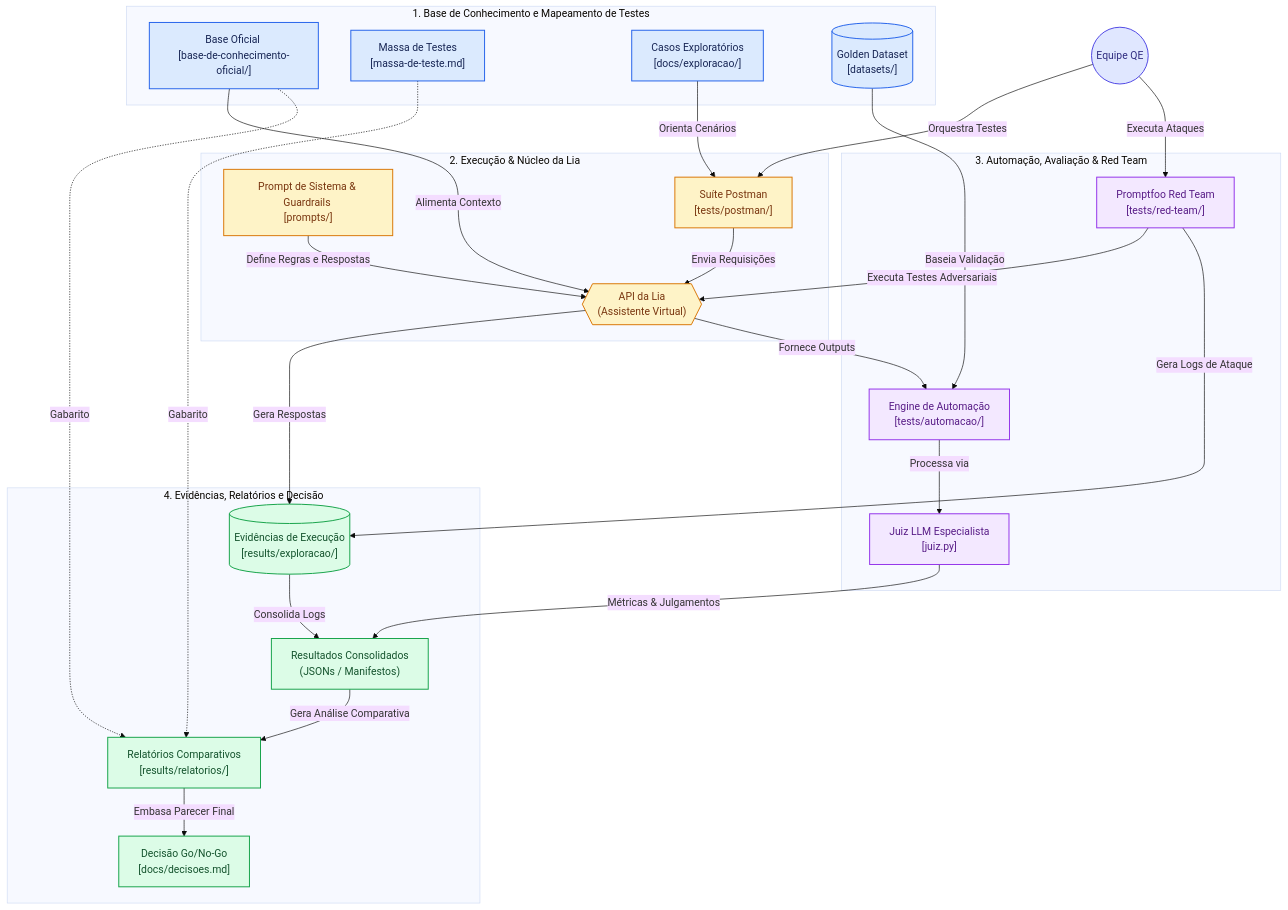
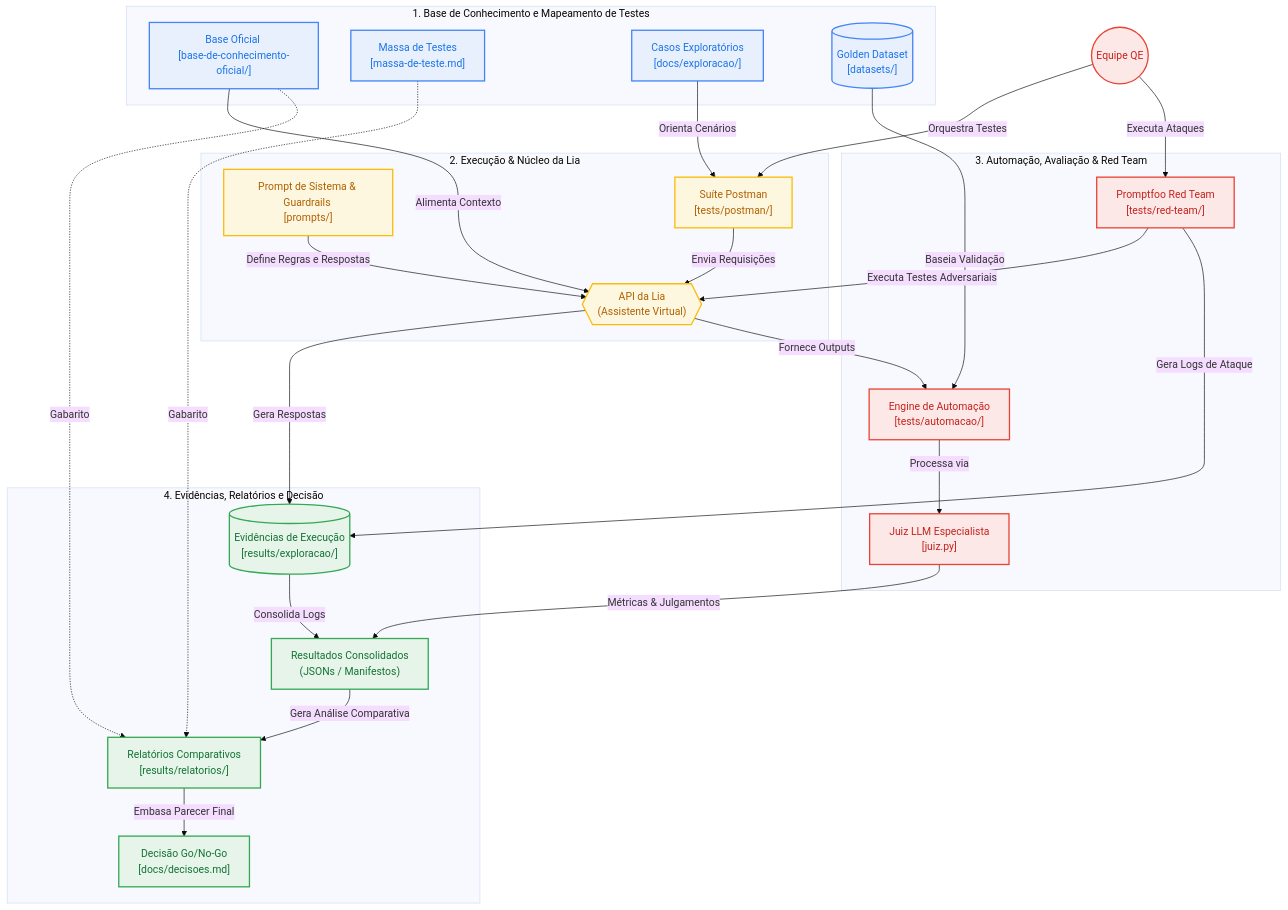
Before and after one commit to Gabs-jg/Hackaton-Encerramento-Lia-AI-R: the diagram in README.md, drawn with Mermaid (base theme).

Commit message:
Refactor flowchart styles and update repository links
Updated flowchart styles and links in README.

````diff
--- a/README.md
+++ b/README.md
@@ -79,5 +79,6 @@
 ```mermaid
-flowchart TD
+
+   flowchart TD
 
     subgraph group_reference["1. Base de Conhecimento e Mapeamento de Testes"]
         node_official["Base Oficial <br/>[base-de-conhecimento-oficial/]"]
@@ -136,28 +137,26 @@
     node_reports -->|"Embasa Parecer Final"| node_decisions
 
     %% Links para o Repositório
-    click node_official "[https://github.com/gabs-jg/hackaton-encerramento-lia-ai-r/tree/main/base-de-conhecimento-oficial](https://github.com/gabs-jg/hackaton-encerramento-lia-ai-r/tree/main/base-de-conhecimento-oficial)"
-    click node_testdata "[https://github.com/gabs-jg/hackaton-encerramento-lia-ai-r/blob/main/massa-de-teste.md](https://github.com/gabs-jg/hackaton-encerramento-lia-ai-r/blob/main/massa-de-teste.md)"
-    click node_case_specs "[https://github.com/gabs-jg/hackaton-encerramento-lia-ai-r/tree/main/docs/exploracao](https://github.com/gabs-jg/hackaton-encerramento-lia-ai-r/tree/main/docs/exploracao)"
-    click node_golden "[https://github.com/gabs-jg/hackaton-encerramento-lia-ai-r/tree/main/datasets](https://github.com/gabs-jg/hackaton-encerramento-lia-ai-r/tree/main/datasets)"
-    click node_prompts "[https://github.com/gabs-jg/hackaton-encerramento-lia-ai-r/tree/main/prompts](https://github.com/gabs-jg/hackaton-encerramento-lia-ai-r/tree/main/prompts)"
-    click node_postman "[https://github.com/gabs-jg/hackaton-encerramento-lia-ai-r/tree/main/tests/postman](https://github.com/gabs-jg/hackaton-encerramento-lia-ai-r/tree/main/tests/postman)"
-    click node_automacao "[https://github.com/gabs-jg/hackaton-encerramento-lia-ai-r/tree/main/tests/automacao](https://github.com/gabs-jg/hackaton-encerramento-lia-ai-r/tree/main/tests/automacao)"
-    click node_redteam "[https://github.com/gabs-jg/hackaton-encerramento-lia-ai-r/tree/main/tests/red-team](https://github.com/gabs-jg/hackaton-encerramento-lia-ai-r/tree/main/tests/red-team)"
-    click node_captures "[https://github.com/gabs-jg/hackaton-encerramento-lia-ai-r/tree/main/results/exploracao](https://github.com/gabs-jg/hackaton-encerramento-lia-ai-r/tree/main/results/exploracao)"
-    click node_reports "[https://github.com/gabs-jg/hackaton-encerramento-lia-ai-r/tree/main/results/exploracao/relatorios](https://github.com/gabs-jg/hackaton-encerramento-lia-ai-r/tree/main/results/exploracao/relatorios)"
-    click node_decisions "[https://github.com/gabs-jg/hackaton-encerramento-lia-ai-r/blob/main/docs/decisoes.md](https://github.com/gabs-jg/hackaton-encerramento-lia-ai-r/blob/main/docs/decisoes.md)"
+    click node_official "https://github.com/gabs-jg/hackaton-encerramento-lia-ai-r/tree/main/base-de-conhecimento-oficial"
+    click node_testdata "https://github.com/gabs-jg/hackaton-encerramento-lia-ai-r/blob/main/massa-de-teste.md"
+    click node_case_specs "https://github.com/gabs-jg/hackaton-encerramento-lia-ai-r/tree/main/docs/exploracao"
+    click node_golden "https://github.com/gabs-jg/hackaton-encerramento-lia-ai-r/tree/main/datasets"
+    click node_prompts "https://github.com/gabs-jg/hackaton-encerramento-lia-ai-r/tree/main/prompts"
+    click node_postman "https://github.com/gabs-jg/hackaton-encerramento-lia-ai-r/tree/main/tests/postman"
+    click node_automacao "https://github.com/gabs-jg/hackaton-encerramento-lia-ai-r/tree/main/tests/automacao"
+    click node_redteam "https://github.com/gabs-jg/hackaton-encerramento-lia-ai-r/tree/main/tests/red-team"
+    click node_captures "https://github.com/gabs-jg/hackaton-encerramento-lia-ai-r/tree/main/results/exploracao"
+    click node_reports "https://github.com/gabs-jg/hackaton-encerramento-lia-ai-r/tree/main/results/exploracao/relatorios"
+    click node_decisions "https://github.com/gabs-jg/hackaton-encerramento-lia-ai-r/blob/main/docs/decisoes.md"
 
-    %% Estilos
-    classDef toneBlue fill:#dbeafe,stroke:#2563eb,stroke-width:1.5px,color:#172554
-    classDef toneAmber fill:#fef3c7,stroke:#d97706,stroke-width:1.5px,color:#78350f
-    classDef tonePurple fill:#f3e8ff,stroke:#9333ea,stroke-width:1.5px,color:#581c87
-    classDef toneMint fill:#dcfce7,stroke:#16a34a,stroke-width:1.5px,color:#14532d
-    classDef toneIndigo fill:#e0e7ff,stroke:#4f46e5,stroke-width:1.5px,color:#312e81
+    %% Estilos com as Cores Solicitadas
+    classDef googleBlue fill:#E8F0FE,stroke:#4285F4,stroke-width:2px,color:#1A73E8
+    classDef googleYellow fill:#FEF7E0,stroke:#FBBC05,stroke-width:2px,color:#B06000
+    classDef googleRed fill:#FCE8E6,stroke:#EA4335,stroke-width:2px,color:#C5221F
+    classDef googleGreen fill:#E6F4EA,stroke:#34A853,stroke-width:2px,color:#137333
 
-    class node_official,node_testdata,node_case_specs,node_golden toneBlue
-    class node_postman,node_lia,node_prompts toneAmber
-    class node_automacao,node_judge,node_redteam tonePurple
-    class node_captures,node_summaries,node_reports,node_decisions toneMint
-    class node_squad toneIndigo
+    class node_official,node_testdata,node_case_specs,node_golden googleBlue
+    class node_postman,node_lia,node_prompts googleYellow
+    class node_automacao,node_judge,node_redteam,node_squad googleRed
+    class node_captures,node_summaries,node_reports,node_decisions googleGreen
 ``` 
````
